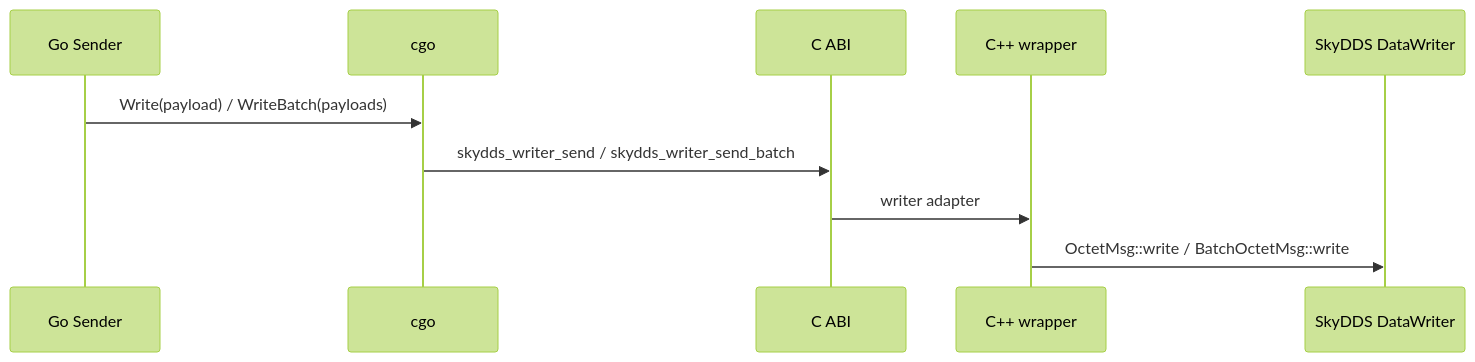
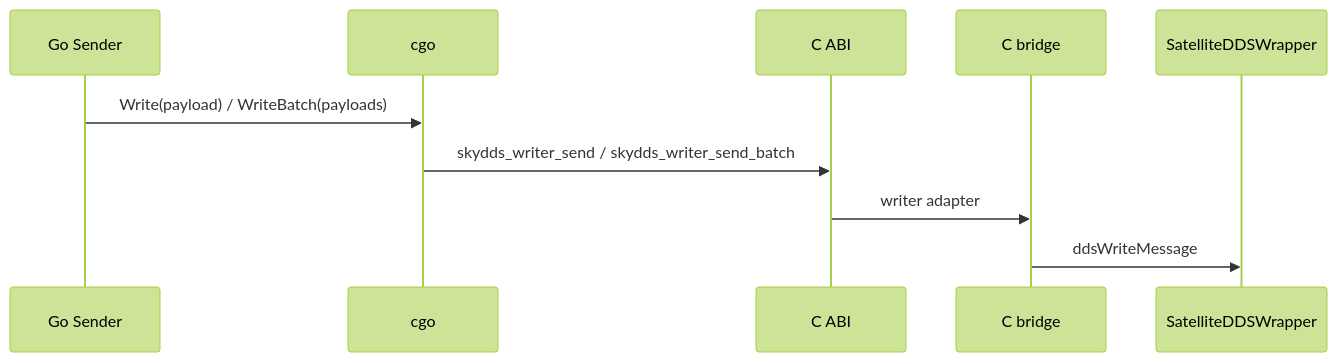
One commit to oublie6/forward-stub changed the first of 2 diagrams in docs/skydds.md. Above: the diagram before and after it, drawn with Mermaid (forest theme). The commit also changed other lines of this file and 16 other files, not shown here.

Commit message:
refactor skydds to official C wrapper bridge

````diff
--- a/docs/skydds.md
+++ b/docs/skydds.md
@@ -46,13 +46,13 @@
 ```mermaid
 sequenceDiagram
     participant G as Go Sender
     participant CG as cgo
     participant C as C ABI
-    participant CPP as C++ wrapper
-    participant DDS as SkyDDS DataWriter
+    participant BR as C bridge
+    participant DDS as SatelliteDDSWrapper
 
     G->>CG: Write(payload) / WriteBatch(payloads)
     CG->>C: skydds_writer_send / skydds_writer_send_batch
-    C->>CPP: writer adapter
-    CPP->>DDS: OctetMsg::write / BatchOctetMsg::write
+    C->>BR: writer adapter
+    BR->>DDS: ddsWriteMessage
 ```
````
